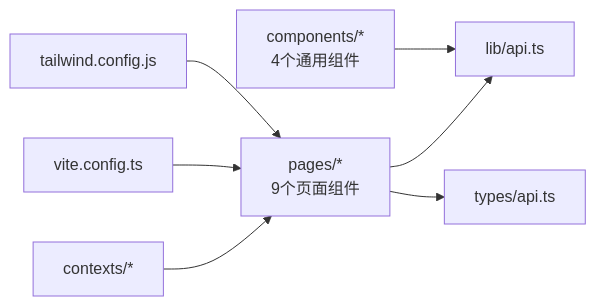
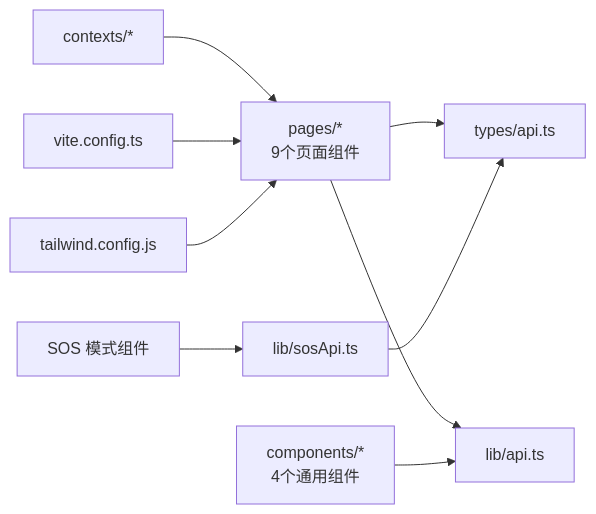
Before and after one commit to kudig-io/klaw: the ninth of 9 diagrams in .qoder/repowiki/zh/content/Web前端应用/Web前端应用.md, drawn with Mermaid. The commit also changed other lines of this file and 232 other files, not shown here.

````diff
--- a/.qoder/repowiki/zh/content/Web前端应用/Web前端应用.md
+++ b/.qoder/repowiki/zh/content/Web前端应用/Web前端应用.md
@@ -395,9 +477,11 @@
 ```mermaid
 graph LR
 Pages["pages/*<br/>9个页面组件"] --> API["lib/api.ts"]
 Pages --> Types["types/api.ts"]
 Components["components/*<br/>4个通用组件"] --> API
+SOS["SOS 模式组件"] --> SOSAPI["lib/sosApi.ts"]
+SOSAPI --> Types
 Contexts["contexts/*"] --> Pages
 Build["vite.config.ts"] --> Pages
 Style["tailwind.config.js"] --> Pages
 ```
````
